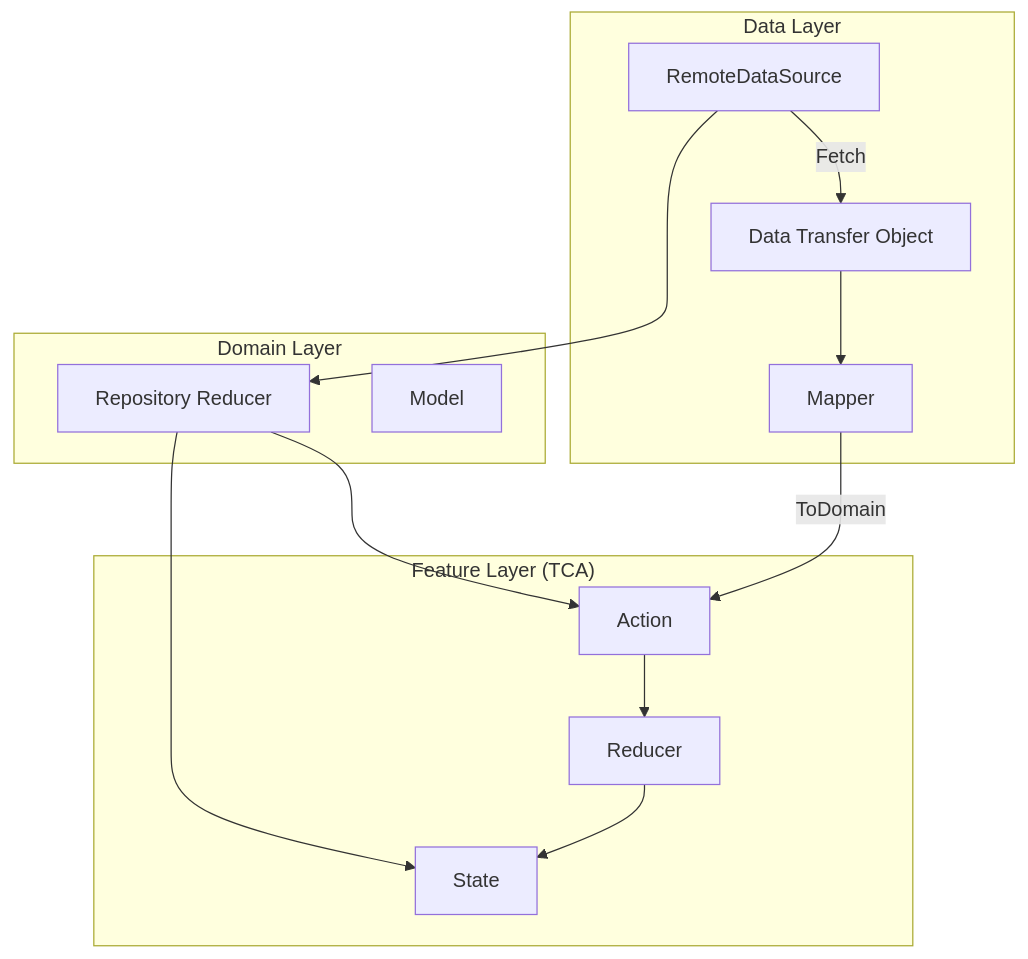
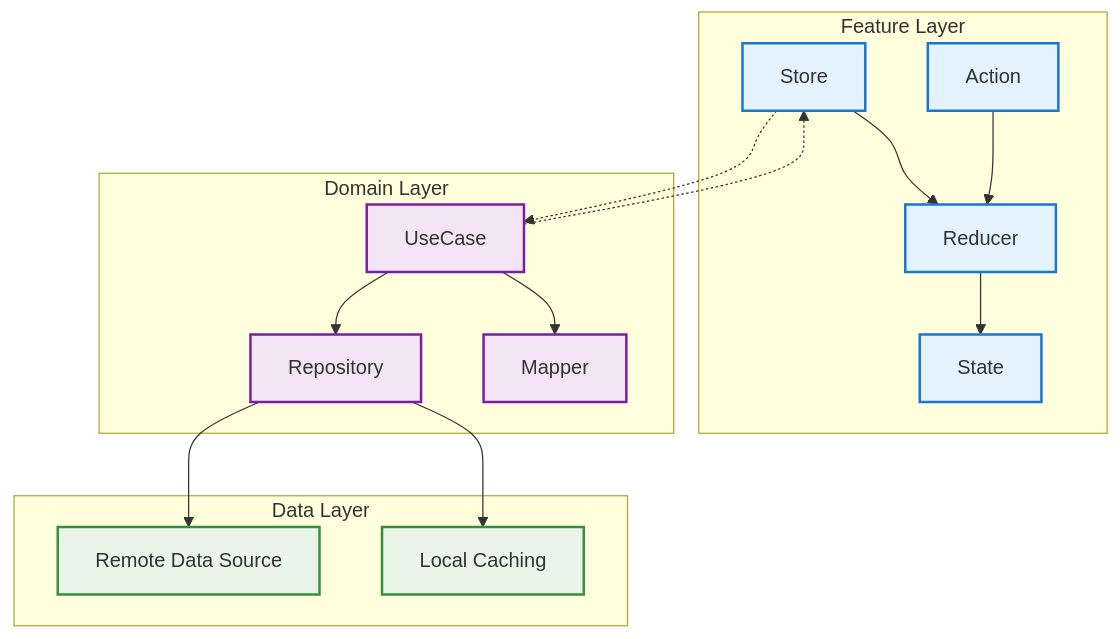
The diagram in README.md (knight6700/WallaMarvel), drawn with Mermaid before and after one commit. The commit also changed other lines of this file and 1 other file, not shown here.

Commit message:
update diagram feature

````diff
--- a/README.md
+++ b/README.md
@@ -152,24 +152,43 @@
 ```mermaid
-flowchart TD
- subgraph subGraph0["Data Layer"]
-        DTO["Data Transfer Object"]
-        RDS["RemoteDataSource"]
-        Mapper["Mapper"]
-  end
- subgraph subGraph1["Domain Layer"]
-        Repo["Repository Reducer"]
-        Model["Model"]
-  end
- subgraph subGraph2["Feature Layer (TCA)"]
-        State["State"]
-        Action["Action"]
-        Reducer["Reducer"]
-  end
-    Repo --> State & Action
-    Action --> Reducer
-    Reducer --> State
-    Mapper -- ToDomain --> Action
-    RDS --> Repo
-    RDS -- Fetch --> DTO
-    DTO --> Mapper
+graph TD
+    subgraph "Feature Layer"
+        Store[Store]
+        Action[Action]
+        State[State]
+        Reducer[Reducer]
+        
+        Store --> Reducer
+        Action --> Reducer
+        Reducer --> State
+    end
+    
+    subgraph "Domain Layer"
+        UseCase[UseCase]
+        Repository[Repository]
+        Mapper[Mapper]
+        
+        UseCase --> Repository
+        UseCase --> Mapper
+    end
+    
+    subgraph "Data Layer"
+        RemoteDataSource[Remote Data Source]
+        LocalCache[Local Caching]
+        
+        Repository --> RemoteDataSource
+        Repository --> LocalCache
+    end
+    
+    %% Layer interactions
+    Store -.-> UseCase
+    UseCase -.-> Store
+    
+    %% Styling
+    classDef featureLayer fill:#e3f2fd,stroke:#1976d2,stroke-width:2px
+    classDef domainLayer fill:#f3e5f5,stroke:#7b1fa2,stroke-width:2px
+    classDef dataLayer fill:#e8f5e8,stroke:#388e3c,stroke-width:2px
+    
+    class Store,Action,State,Reducer featureLayer
+    class UseCase,Repository,Mapper domainLayer
+    class RemoteDataSource,LocalCache dataLayer
 ```
````
